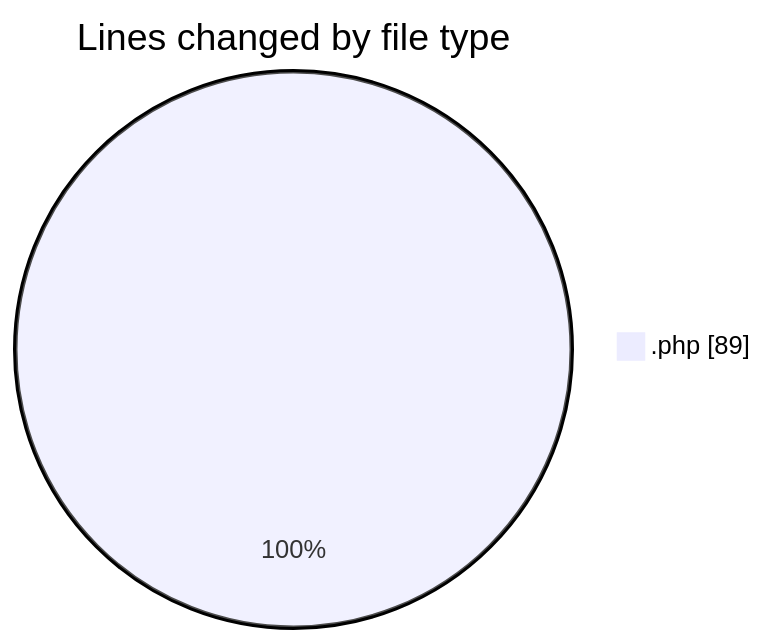
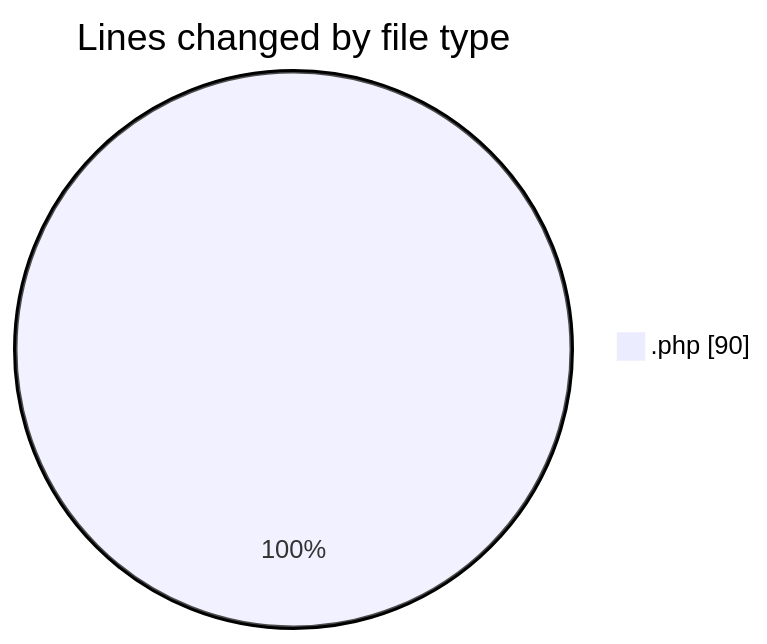
The first of 2 diagrams in 2025-04-14/web/README.md (LanceThiago/code-tracking), drawn with Mermaid before and after one commit. The commit also changed other lines of this file and 1 other file, not shown here.

````diff
--- a/2025-04-14/web/README.md
+++ b/2025-04-14/web/README.md
@@ -21,5 +21,5 @@
 ```mermaid
 pie showData
 title Lines changed by file type
-".php" : 89
+".php" : 90
 ```
````
